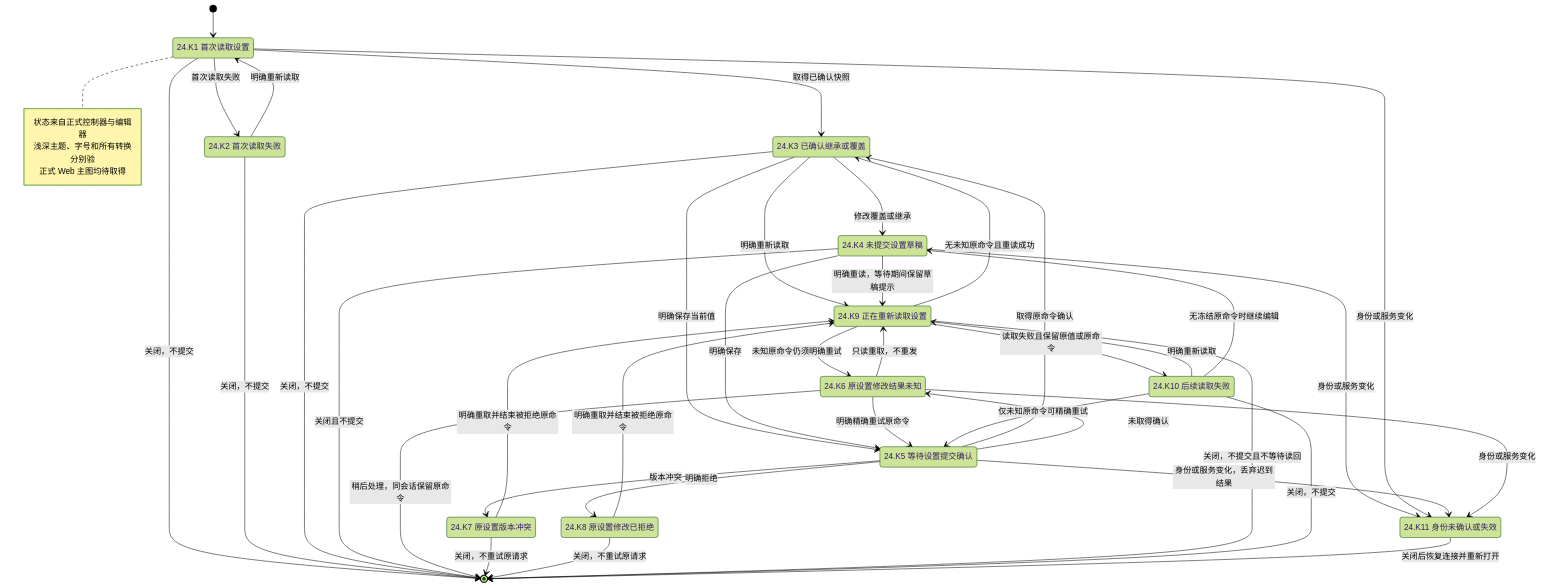
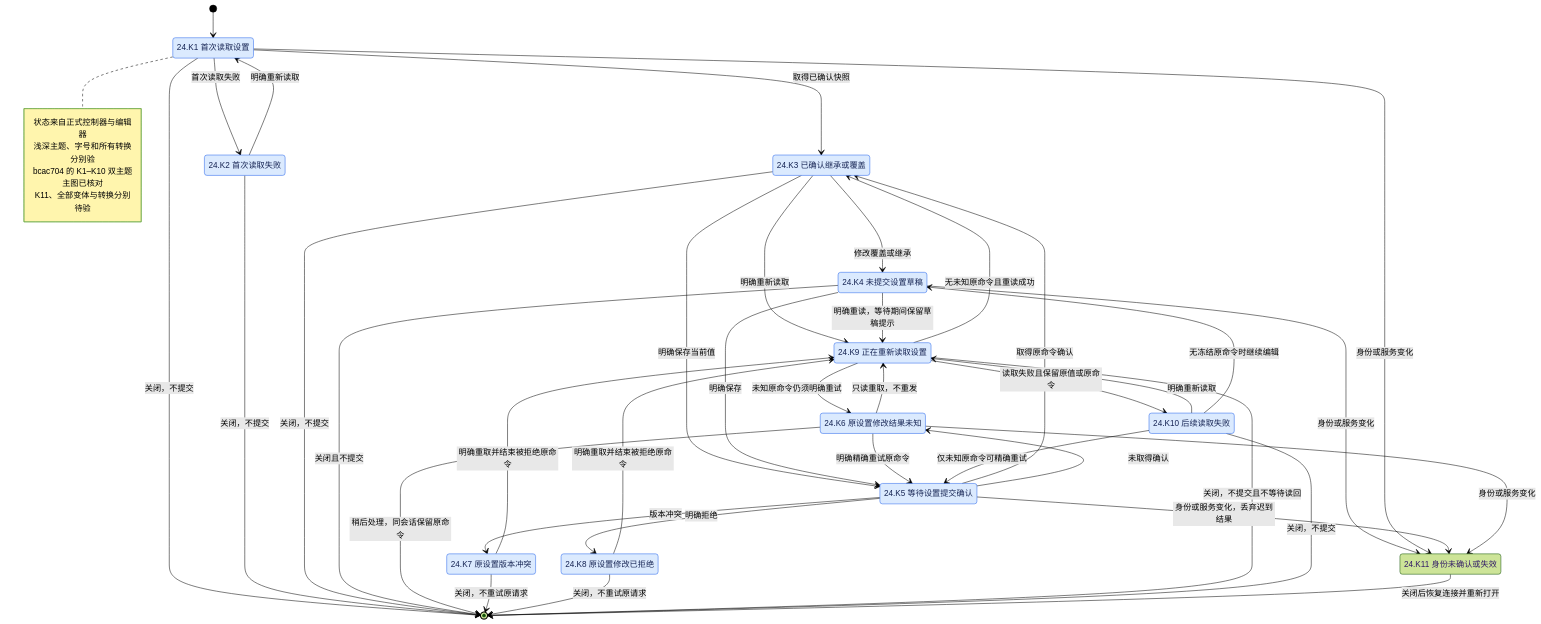
One commit to Wybxc/karuyomi changed diagram 12 of 20 in docs/verification/mihon-state-coverage.md. Above: the diagram before and after it, drawn with Mermaid (forest theme). The commit also changed other lines of this file and 3 other files, not shown here.

````diff
--- a/docs/verification/mihon-state-coverage.md
+++ b/docs/verification/mihon-state-coverage.md
@@ -1251,56 +1251,59 @@
 ```mermaid
 stateDiagram-v2
     [*] --> ReadingOverrides
     state "24.K1 首次读取设置" as ReadingOverrides
     state "24.K2 首次读取失败" as InitialSettingsError
     state "24.K3 已确认继承或覆盖" as ConfirmedOverrides
     state "24.K4 未提交设置草稿" as DraftOverrides
     state "24.K5 等待设置提交确认" as SavingOverrides
     state "24.K6 原设置修改结果未知" as UnknownOverrides
     state "24.K7 原设置版本冲突" as ConflictingOverrides
     state "24.K8 原设置修改已拒绝" as RejectedOverrides
     state "24.K9 正在重新读取设置" as ReloadingOverrides
     state "24.K10 后续读取失败" as SettingsReloadError
     state "24.K11 身份未确认或失效" as UnavailableOverrides
     note right of ReadingOverrides
       状态来自正式控制器与编辑器
       浅深主题、字号和所有转换分别验
-      正式 Web 主图均待取得
+      bcac704 的 K1–K10 双主题主图已核对
+      K11、全部变体与转换分别待验
     end note
     ReadingOverrides --> InitialSettingsError: 首次读取失败
     ReadingOverrides --> [*]: 关闭，不提交
     InitialSettingsError --> [*]: 关闭，不提交
     InitialSettingsError --> ReadingOverrides: 明确重新读取
     ReadingOverrides --> ConfirmedOverrides: 取得已确认快照
     ConfirmedOverrides --> DraftOverrides: 修改覆盖或继承
     ConfirmedOverrides --> SavingOverrides: 明确保存当前值
     ConfirmedOverrides --> [*]: 关闭，不提交
     DraftOverrides --> [*]: 关闭且不提交
     ConfirmedOverrides --> ReloadingOverrides: 明确重新读取
     DraftOverrides --> ReloadingOverrides: 明确重读，等待期间保留草稿提示
     DraftOverrides --> SavingOverrides: 明确保存
     SavingOverrides --> ConfirmedOverrides: 取得原命令确认
     SavingOverrides --> UnknownOverrides: 未取得确认
     SavingOverrides --> ConflictingOverrides: 版本冲突
     SavingOverrides --> RejectedOverrides: 明确拒绝
     UnknownOverrides --> SavingOverrides: 明确精确重试原命令
     UnknownOverrides --> [*]: 稍后处理，同会话保留原命令
     UnknownOverrides --> ReloadingOverrides: 只读重取，不重发
     ConflictingOverrides --> ReloadingOverrides: 明确重取并结束被拒绝原命令
     RejectedOverrides --> ReloadingOverrides: 明确重取并结束被拒绝原命令
     ConflictingOverrides --> [*]: 关闭，不重试原请求
     RejectedOverrides --> [*]: 关闭，不重试原请求
     ReloadingOverrides --> ConfirmedOverrides: 无未知原命令且重读成功
     ReloadingOverrides --> UnknownOverrides: 未知原命令仍须明确重试
     ReloadingOverrides --> SettingsReloadError: 读取失败且保留原值或原命令
     ReloadingOverrides --> [*]: 关闭，不提交且不等待读回
     SettingsReloadError --> ReloadingOverrides: 明确重新读取
     SettingsReloadError --> DraftOverrides: 无冻结原命令时继续编辑
     SettingsReloadError --> SavingOverrides: 仅未知原命令可精确重试
     SettingsReloadError --> [*]: 关闭，不提交
     DraftOverrides --> UnavailableOverrides: 身份或服务变化
     ReadingOverrides --> UnavailableOverrides: 身份或服务变化
     SavingOverrides --> UnavailableOverrides: 身份或服务变化，丢弃迟到结果
     UnknownOverrides --> UnavailableOverrides: 身份或服务变化
     UnavailableOverrides --> [*]: 关闭后恢复连接并重新打开
+    classDef paired fill:#dbeafe,color:#172554,stroke:#2563eb
+    class ReadingOverrides,InitialSettingsError,ConfirmedOverrides,DraftOverrides,SavingOverrides,UnknownOverrides,ConflictingOverrides,RejectedOverrides,ReloadingOverrides,SettingsReloadError paired
 ```
````
